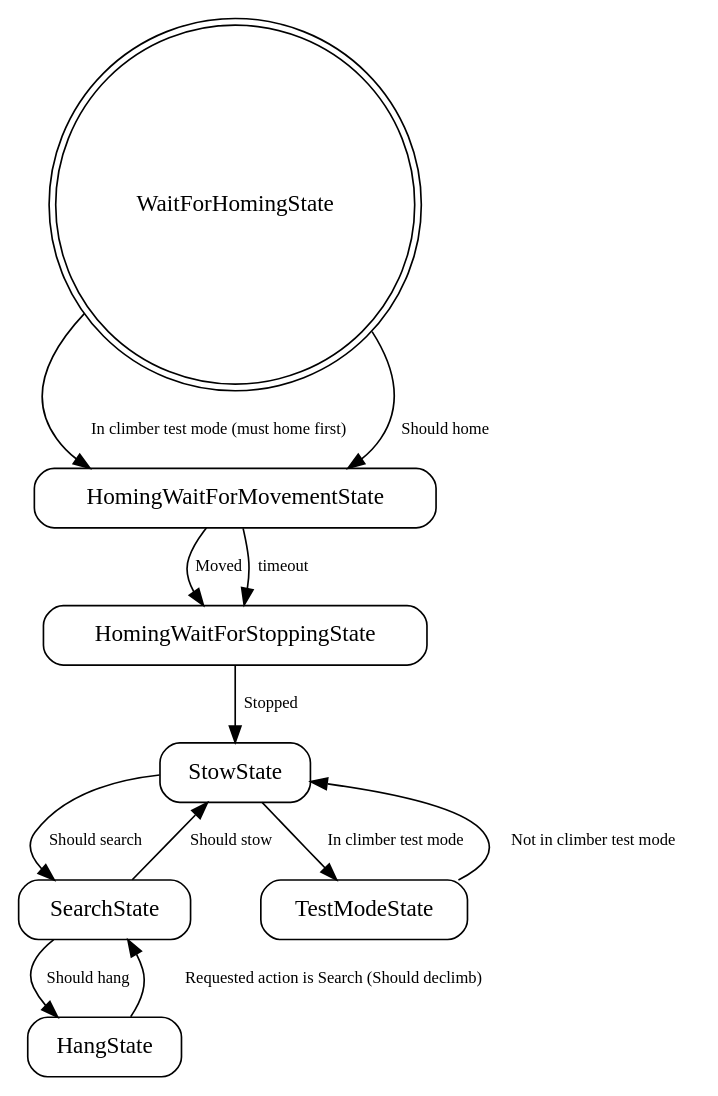
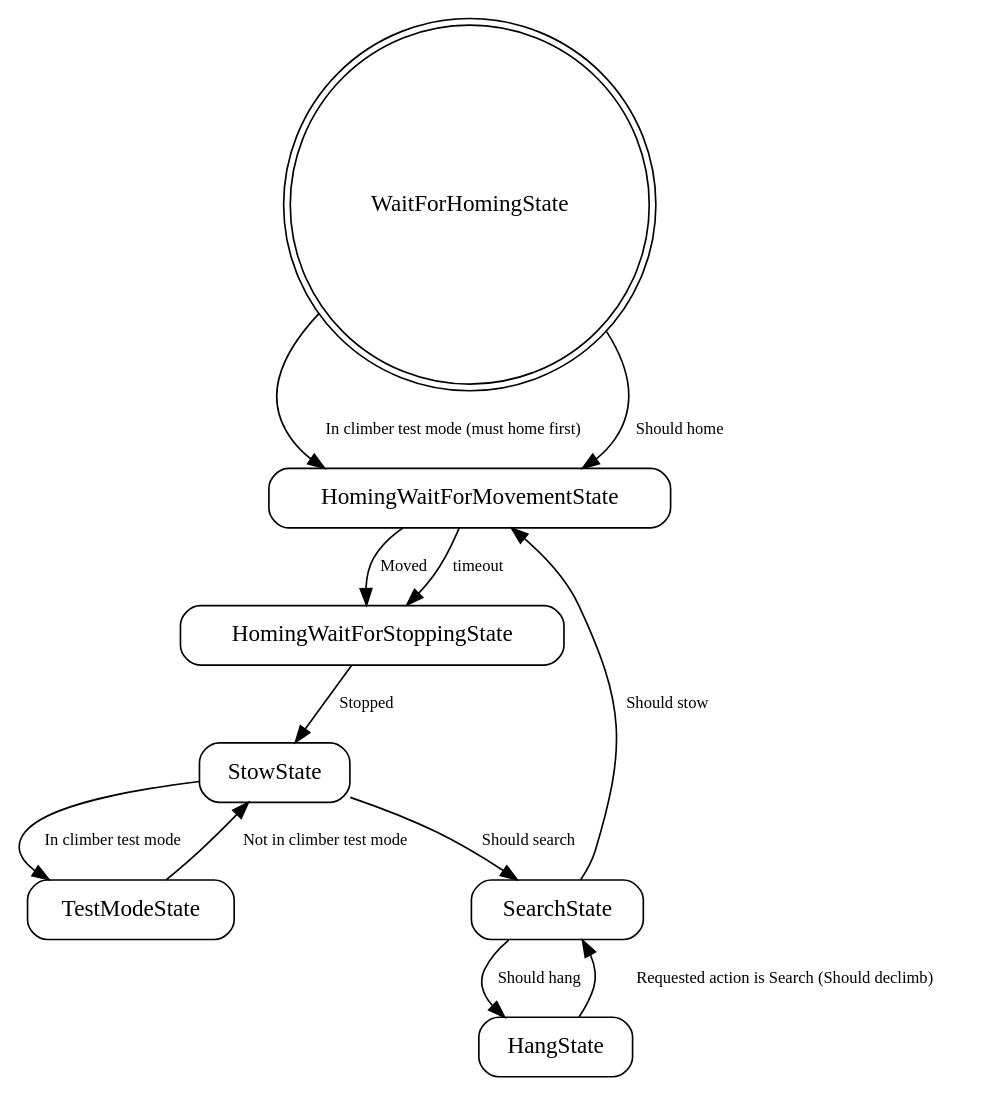
One commit to team401/2026-Robot-Code changed the diagram in state_machine_graphs/climber.dot. Above: the diagram before and after it, drawn with Graphviz. The commit also changed 12 other files, not shown here.

```diff
--- a/state_machine_graphs/climber.dot
+++ b/state_machine_graphs/climber.dot
@@ -1,45 +1,45 @@
 digraph {
 
   // Graphviz Format settings
 
   node [
     shape=box,
     style=rounded
   ];
 
   edge [
     fontsize=10
   ];
 
 
   // States
 
   WaitForHomingState [shape=doublecircle];
   HomingWaitForMovementState ;
   SearchState ;
   HomingWaitForStoppingState ;
   HangState ;
   StowState ;
   TestModeState ;
 
   // Transitions
 
   WaitForHomingState -> HomingWaitForMovementState [label="In climber test mode (must home first)"];
   WaitForHomingState -> HomingWaitForMovementState [label="Should home"];
 
   HomingWaitForMovementState -> HomingWaitForStoppingState [label="Moved"];
   HomingWaitForMovementState -> HomingWaitForStoppingState [label="timeout"];
 
-  SearchState -> StowState [label="Should stow"];
+  SearchState -> HomingWaitForMovementState [label="Should stow"];
   SearchState -> HangState [label="Should hang"];
 
   HomingWaitForStoppingState -> StowState [label="Stopped"];
 
   HangState -> SearchState [label="Requested action is Search (Should declimb)"];
 
   StowState -> SearchState [label="Should search"];
   StowState -> TestModeState [label="In climber test mode"];
 
   TestModeState -> StowState [label="Not in climber test mode"];
 
 }
```
